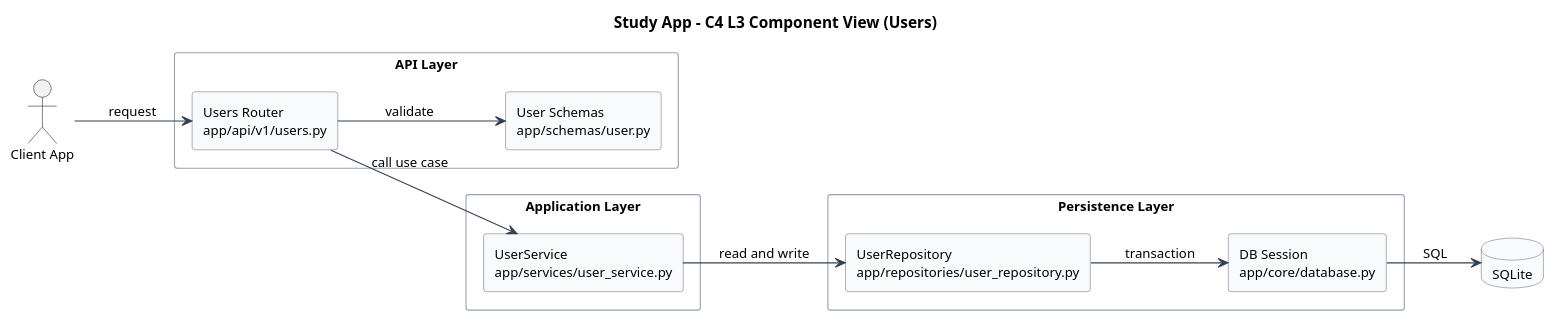
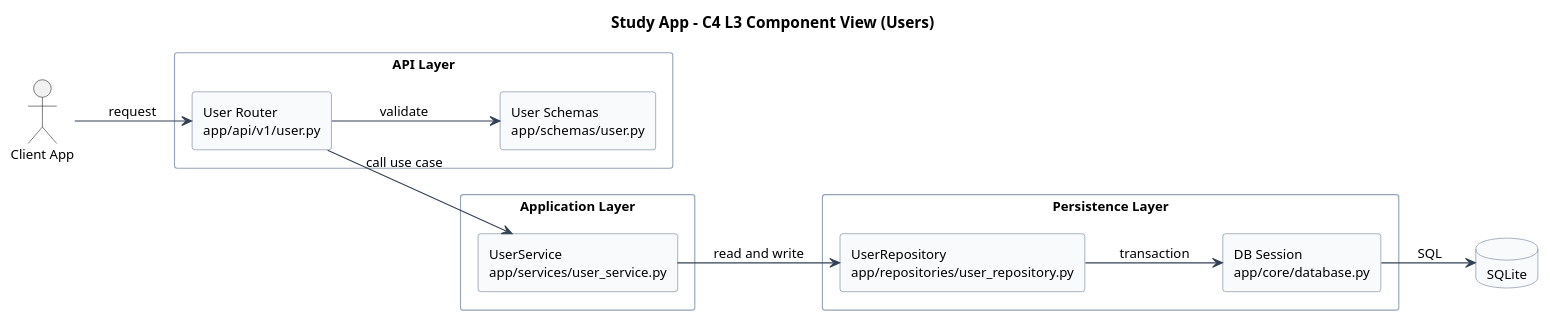
Before and after one commit to iboiarkin96/etr_study_api: the diagram in docs/uml/architecture/system_component_view.puml, drawn with PlantUML. The commit also changed 34 other files, not shown here.

```diff
--- a/docs/uml/architecture/system_component_view.puml
+++ b/docs/uml/architecture/system_component_view.puml
@@ -1,43 +1,43 @@
 @startuml
 title Study App - C4 L3 Component View (Users)
 
 skinparam shadowing false
 skinparam linetype polyline
 skinparam componentStyle rectangle
 skinparam packageStyle rectangle
 skinparam defaultFontName Arial
 skinparam defaultFontSize 12
 skinparam ArrowColor #334155
 skinparam PackageBorderColor #94a3b8
 skinparam ComponentBorderColor #64748b
 skinparam ComponentBackgroundColor #f8fafc
 skinparam DatabaseBorderColor #64748b
 skinparam DatabaseBackgroundColor #f8fafc
 left to right direction
 
 actor "Client App" as Client
 
 package "API Layer" {
-  [Users Router\napp/api/v1/users.py] as Router
+  [User Router\napp/api/v1/user.py] as Router
   [User Schemas\napp/schemas/user.py] as Schema
 }
 
 package "Application Layer" {
   [UserService\napp/services/user_service.py] as Service
 }
 
 package "Persistence Layer" {
   [UserRepository\napp/repositories/user_repository.py] as Repo
   [DB Session\napp/core/database.py] as Session
 }
 
 database "SQLite" as Db
 
 Client --> Router : request
 Router --> Schema : validate
 Router --> Service : call use case
 Service --> Repo : read and write
 Repo --> Session : transaction
 Session --> Db : SQL
 
 @enduml
```
